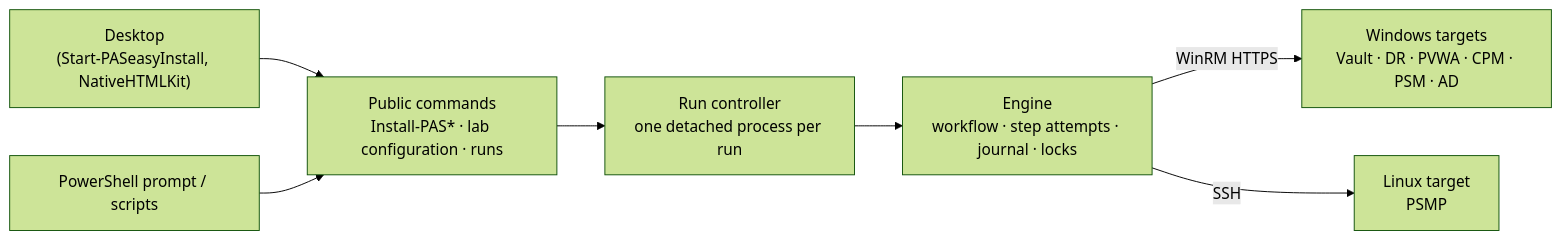
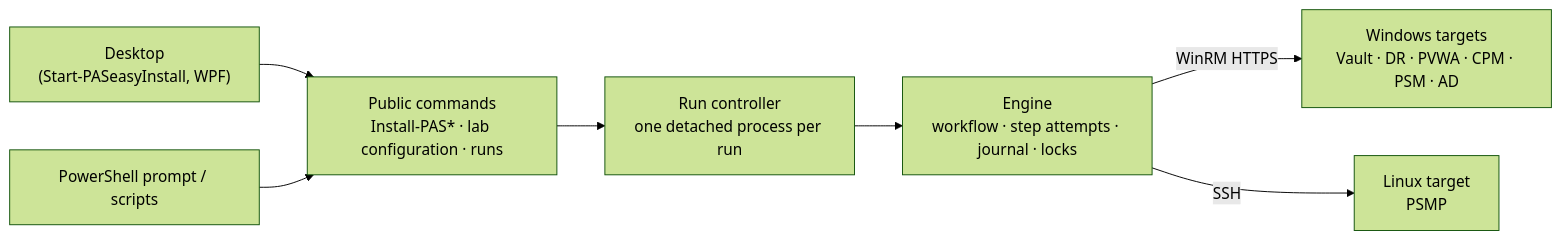
Before and after one commit to bigbatmanorg/PASeasyInstall: the diagram in site-src/concepts/architecture.md, drawn with Mermaid (forest theme). The commit also changed 34 other files, not shown here.

First line of the commit message:
Desktop window on WPF; NativeHTMLKit removed

````diff
--- a/site-src/concepts/architecture.md
+++ b/site-src/concepts/architecture.md
@@ -3,9 +3,9 @@
 ```mermaid
 flowchart LR
-  UI["Desktop<br/>(Start-PASeasyInstall, NativeHTMLKit)"] --> PUB["Public commands<br/>Install-PAS* · lab configuration · runs"]
+  UI["Desktop<br/>(Start-PASeasyInstall, WPF)"] --> PUB["Public commands<br/>Install-PAS* · lab configuration · runs"]
   CLI["PowerShell prompt / scripts"] --> PUB
   PUB --> RUN["Run controller<br/>one detached process per run"]
   RUN --> ENG["Engine<br/>workflow · step attempts · journal · locks"]
   ENG -->|WinRM HTTPS| WIN["Windows targets<br/>Vault · DR · PVWA · CPM · PSM · AD"]
   ENG -->|SSH| LNX["Linux target<br/>PSMP"]
 ```
````
